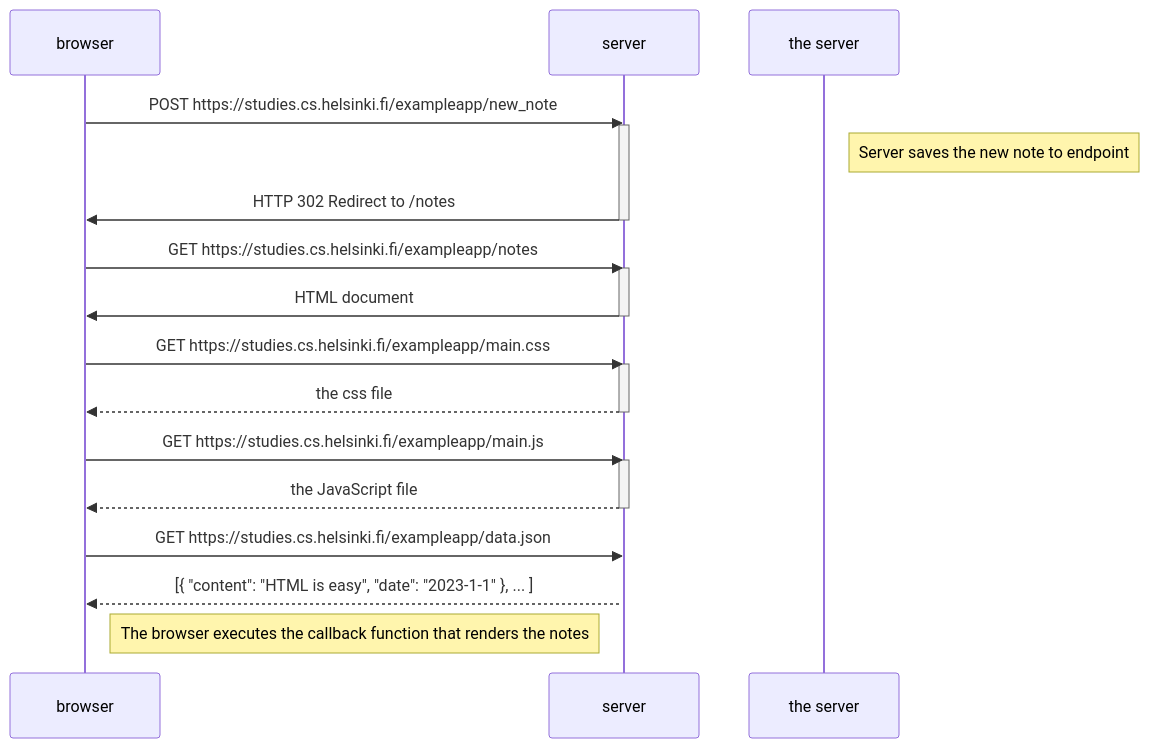
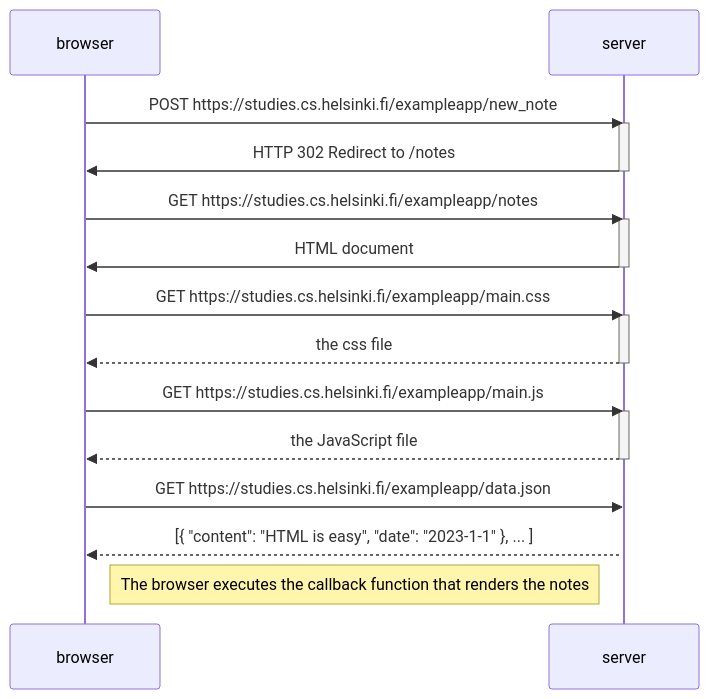
Before and after one commit to ryanblitz99/full-stack-open-part0: the diagram in exercise_4.md, drawn with Mermaid.

````diff
--- a/exercise_4.md
+++ b/exercise_4.md
@@ -1,32 +1,31 @@
 ```mermaid
 sequenceDiagram
     participant browser
     participant server
 
     browser->> server: POST https://studies.cs.helsinki.fi/exampleapp/new_note
     activate server
-    Note right of the server: Server saves the new note to endpoint
     server->> browser: HTTP 302 Redirect to /notes
     deactivate server
 
     browser->> server: GET https://studies.cs.helsinki.fi/exampleapp/notes
     activate server
     server->> browser: HTML document
     deactivate server
 
     browser->>server: GET https://studies.cs.helsinki.fi/exampleapp/main.css
     activate server
     server-->>browser: the css file
     deactivate server
 
     browser->>server: GET https://studies.cs.helsinki.fi/exampleapp/main.js
     activate server
     server-->>browser: the JavaScript file
     deactivate server
 
     browser->>server: GET https://studies.cs.helsinki.fi/exampleapp/data.json
     activate server
     server-->>browser: [{ "content": "HTML is easy", "date": "2023-1-1" }, ... ]
 
     Note right of browser: The browser executes the callback function that renders the notes
 ```
````
